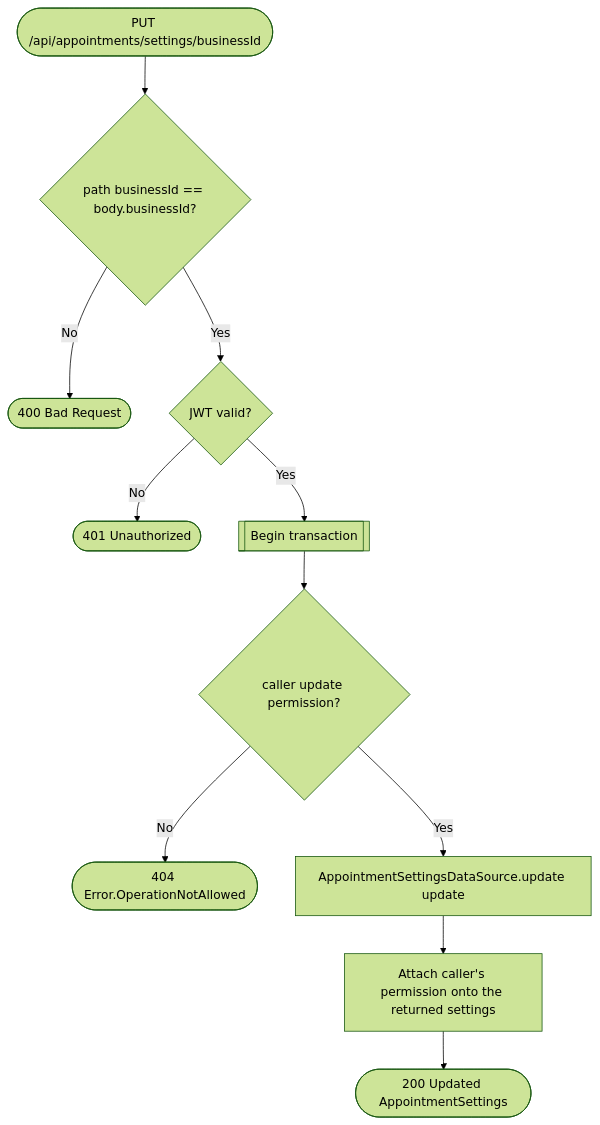
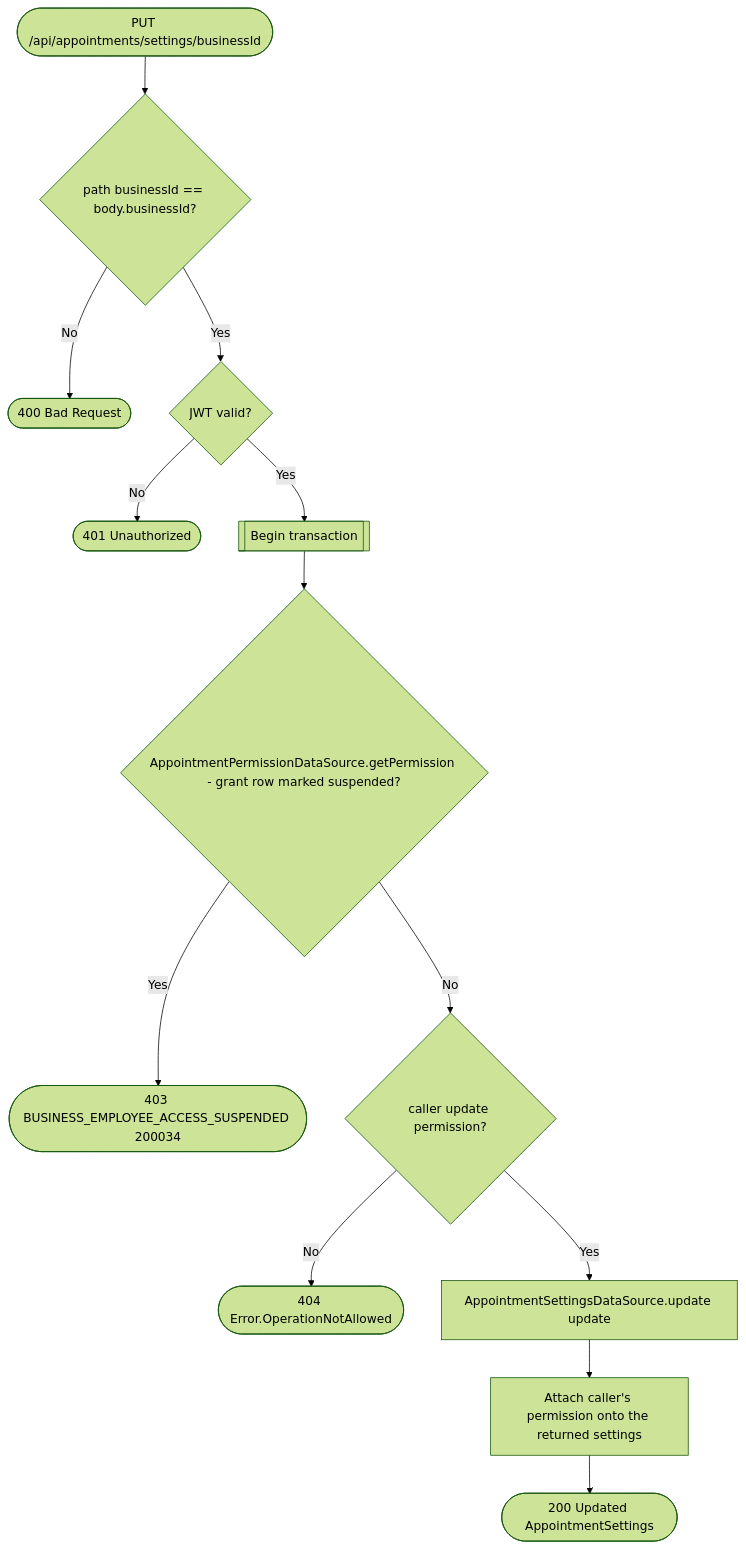
Before and after one commit to an22/bookk.me-backend: the diagram in docs/operations/appointments/edit-appointment-settings.md, drawn with Mermaid (forest theme). The commit also changed 65 other files, not shown here.

````diff
--- a/docs/operations/appointments/edit-appointment-settings.md
+++ b/docs/operations/appointments/edit-appointment-settings.md
@@ -9,13 +9,15 @@
 ```mermaid
 flowchart TD
     Start([PUT /api/appointments/settings/businessId]) --> PathCheck{path businessId == body.businessId?}
     PathCheck -- No --> R400([400 Bad Request])
     PathCheck -- Yes --> Auth{JWT valid?}
     Auth -- No --> R401([401 Unauthorized])
     Auth -- Yes --> Tx[[Begin transaction]]
-    Tx --> Perm{caller update permission?}
+    Tx --> Suspended{AppointmentPermissionDataSource.getPermission - grant row marked suspended?}
+    Suspended -- Yes --> R403s([403 BUSINESS_EMPLOYEE_ACCESS_SUSPENDED 200034])
+    Suspended -- No --> Perm{caller update permission?}
     Perm -- No --> R404([404 Error.OperationNotAllowed])
     Perm -- Yes --> Update[AppointmentSettingsDataSource.update update]
     Update --> Attach[Attach caller's permission onto the returned settings]
     Attach --> R200([200 Updated AppointmentSettings])
 ```
````
